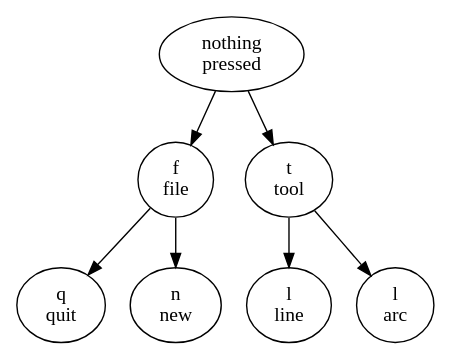
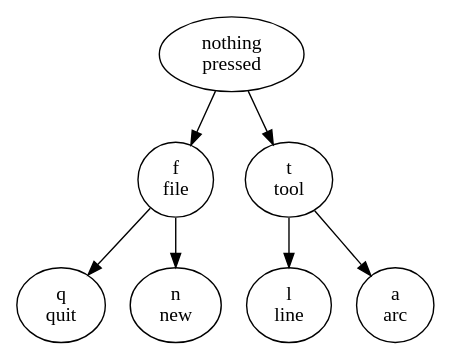
Before and after one commit to NoSuchProcess/pcb-rnd: the diagram in doc/user/05_ui/06_common/src/keytree.dot, drawn with Graphviz. The commit also changed 1 other file, not shown here.

```diff
--- a/doc/user/05_ui/06_common/src/keytree.dot
+++ b/doc/user/05_ui/06_common/src/keytree.dot
@@ -1,17 +1,17 @@
 digraph keytree {
 	root [label="nothing\npressed"]
 	f1   [label="f\nfile"]
 		q2 [label="q\nquit"]
 		n2 [label="n\nnew"]
 	t1 [label="t\ntool"]
 		l2 [label="l\nline"]
-		a2 [label="l\narc"]
+		a2 [label="a\narc"]
 
 
 	root->f1
 		f1->q2
 		f1->n2
 	root->t1
 		t1->l2
 		t1->a2
 }
```
